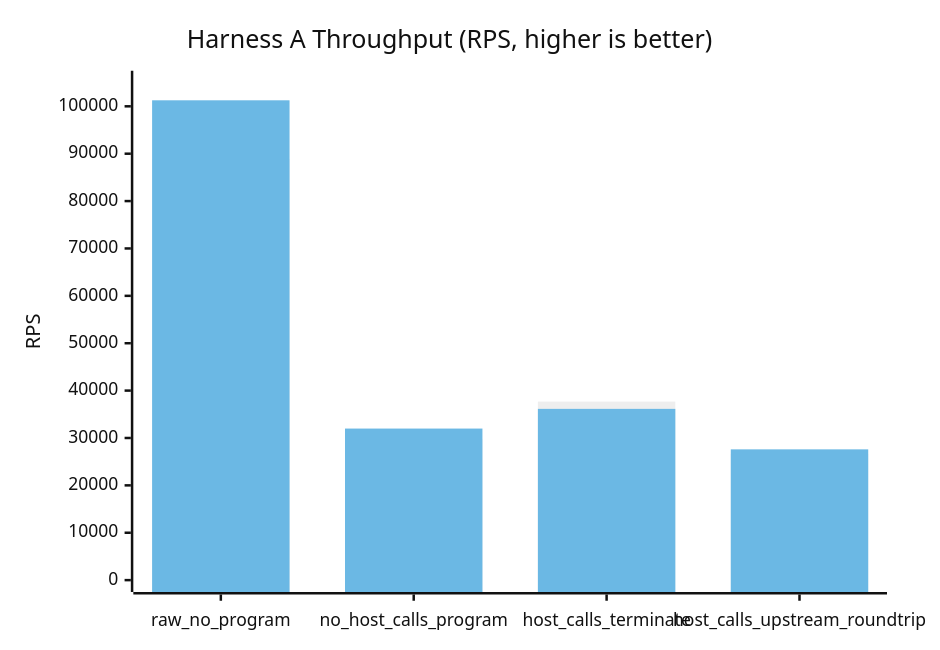
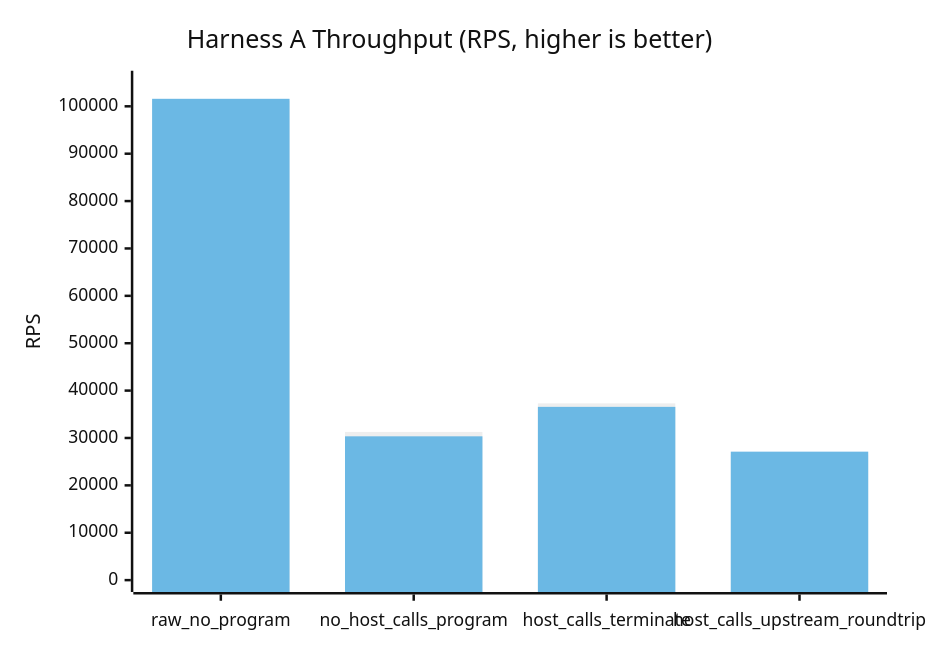
The first of 6 diagrams in pd-edge/docs/HTTP_PROXY_PERF_REPORT_2026-03-13.md (rustscript-lang/rustscript), drawn with Mermaid (neutral theme) before and after one commit. The commit also changed other lines of this file and 1 other file, not shown here.

````diff
--- a/pd-edge/docs/HTTP_PROXY_PERF_REPORT_2026-03-13.md
+++ b/pd-edge/docs/HTTP_PROXY_PERF_REPORT_2026-03-13.md
@@ -30,8 +32,8 @@
 ```mermaid
 xychart-beta
     title "Harness A Throughput (RPS, higher is better)"
     x-axis ["raw_no_program", "no_host_calls_program", "host_calls_terminate", "host_calls_upstream_roundtrip"]
     y-axis "RPS" 0 --> 105000
-    bar "async" [88849, 29717, 37686, 26646]
-    bar "threading" [101270, 31988, 36145, 27600]
+    bar "async" [101123, 31282, 37304, 26504]
+    bar "threading" [101584, 30348, 36570, 27114]
 ```
````
